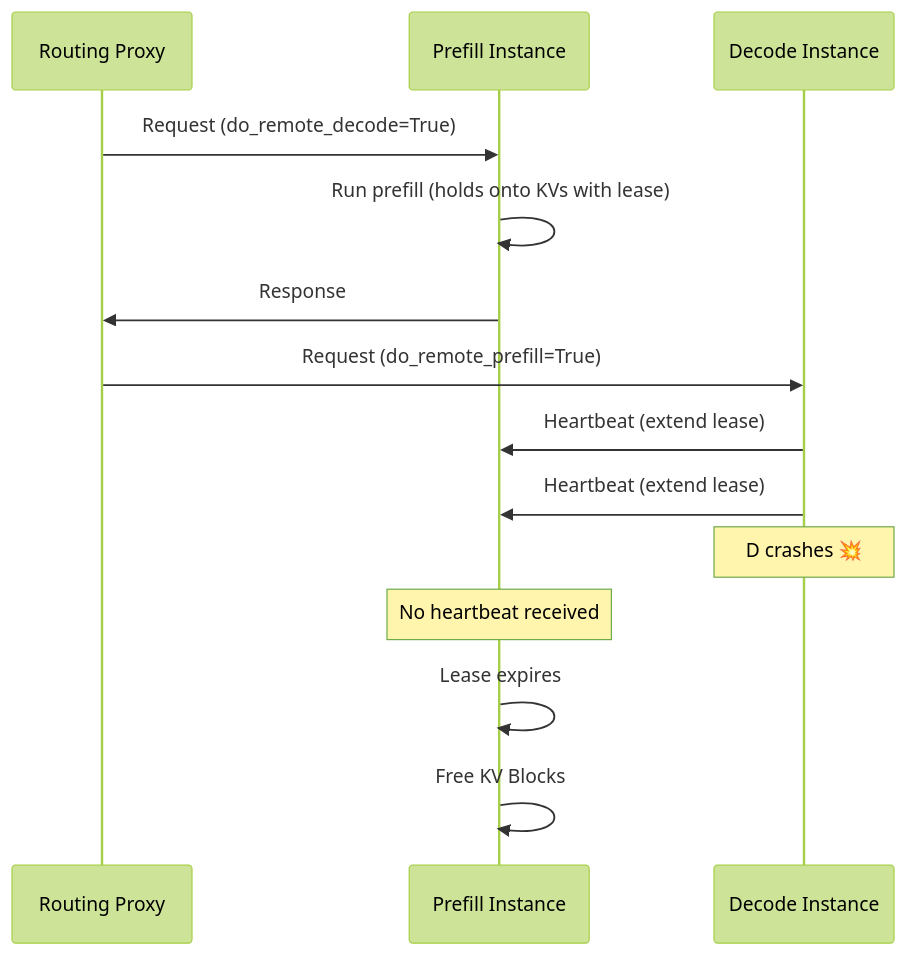
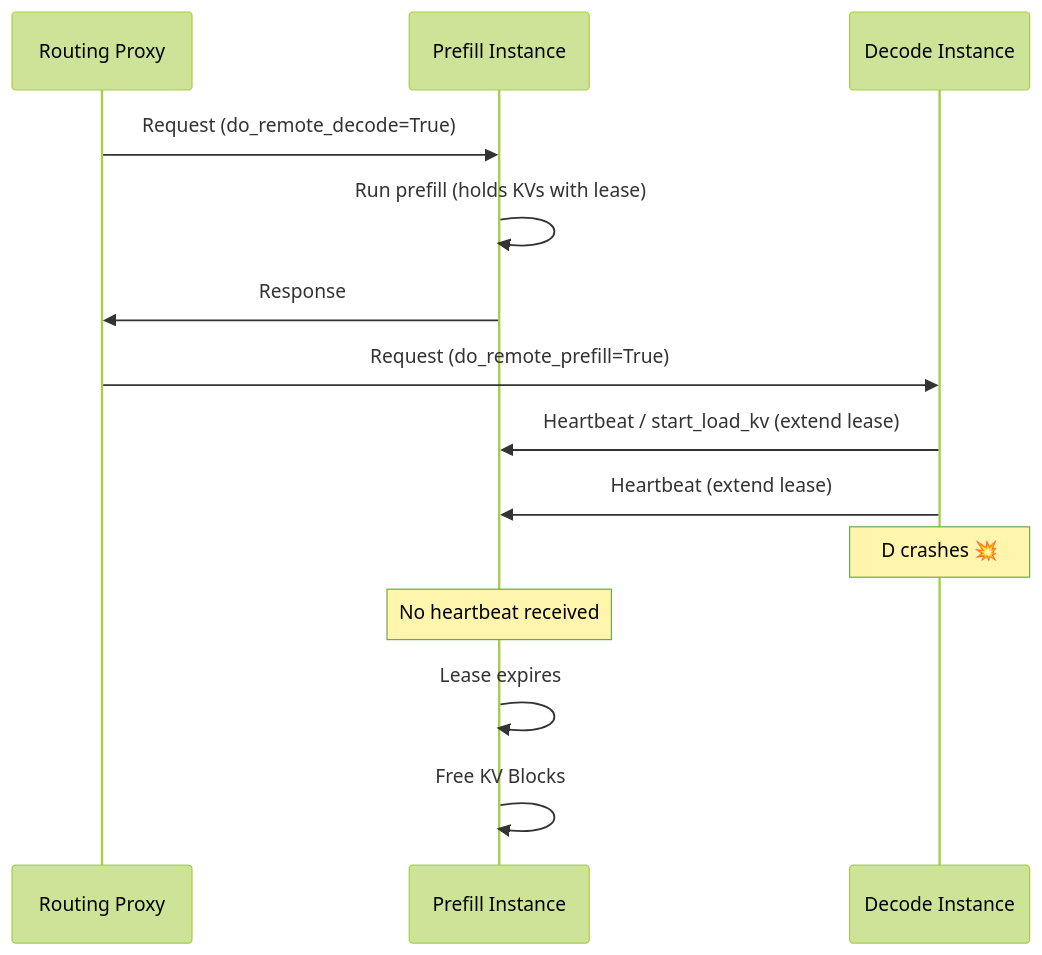
One commit to llm-d/llm-d changed the fourth of 4 diagrams in docs/architecture/advanced/disaggregation/operations-vllm.md. Above: the diagram before and after it, drawn with Mermaid (forest theme). The commit also changed other lines of this file, not shown here.

Commit message:
docs(vllm): update NIXL KV cache lease details and streamline operations doc

````diff
--- a/docs/architecture/advanced/disaggregation/operations-vllm.md
+++ b/docs/architecture/advanced/disaggregation/operations-vllm.md
@@ -163,18 +157,18 @@
 ```mermaid
 sequenceDiagram
     participant R as Routing Proxy
     participant P as Prefill Instance
     participant D as Decode Instance
 
     R->>P: Request (do_remote_decode=True)
-    P->>P: Run prefill (holds onto KVs with lease)
+    P->>P: Run prefill (holds KVs with lease)
     P->>R: Response
 
     R->>D: Request (do_remote_prefill=True)
-    D->>P: Heartbeat (extend lease)
+    D->>P: Heartbeat / start_load_kv (extend lease)
     D->>P: Heartbeat (extend lease)
     note over D: D crashes 💥
     note over P: No heartbeat received
     P->>P: Lease expires
     P->>P: Free KV Blocks
 ```
````
